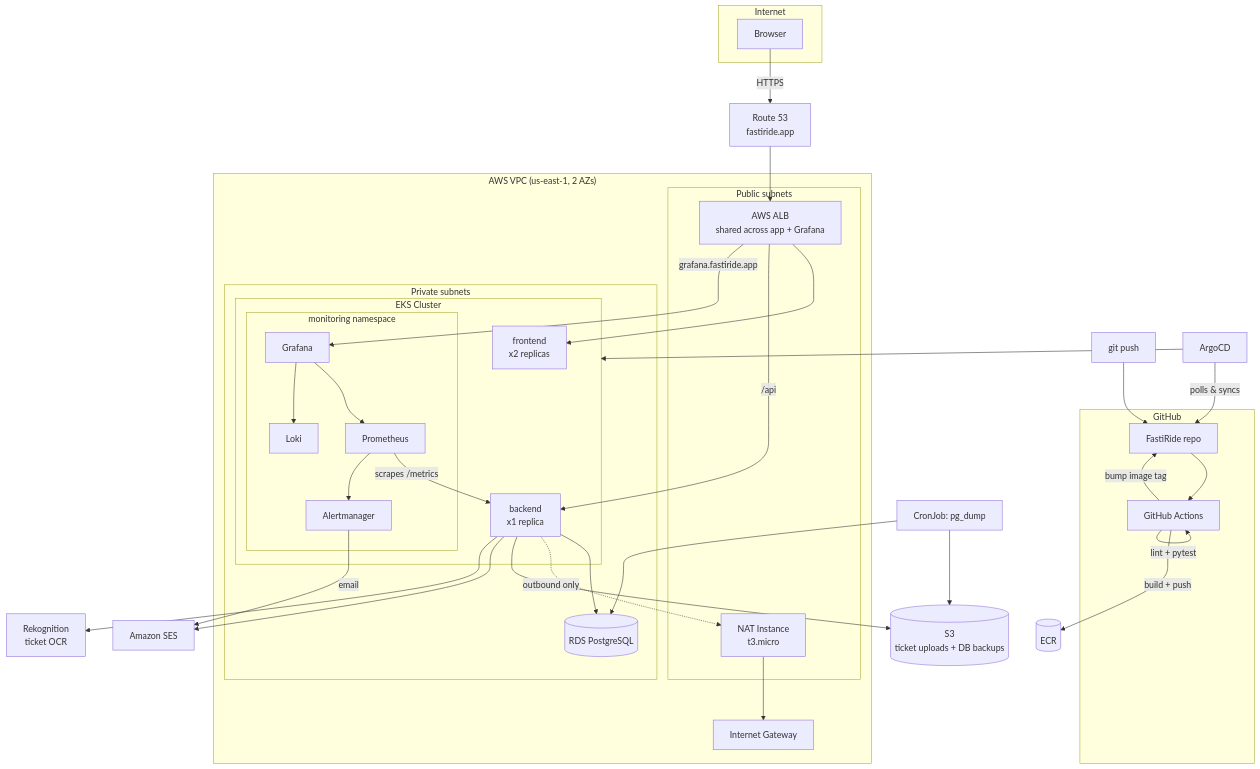
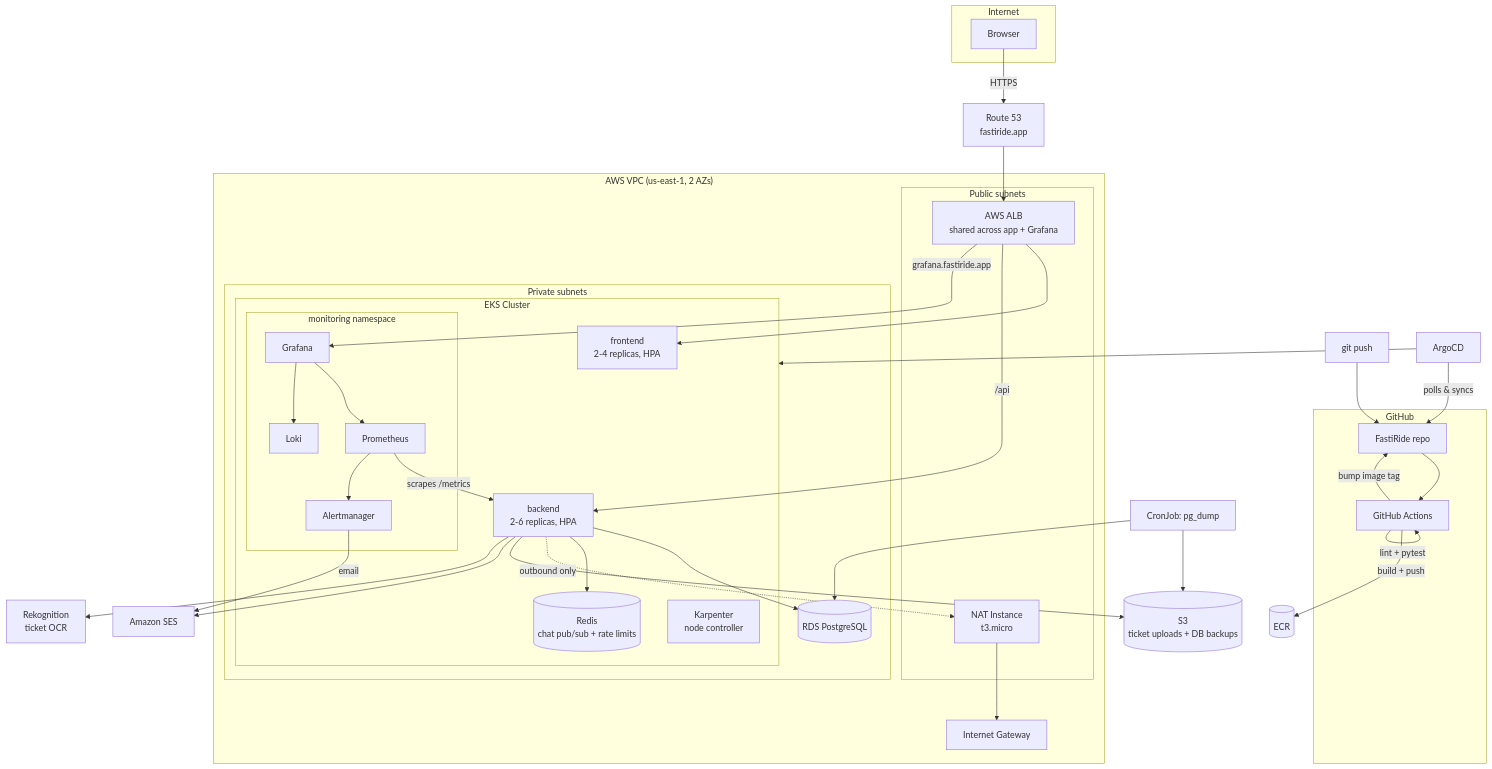
Before and after one commit to lidormazor42/FastiRide: the diagram in README.md, drawn with Mermaid. The commit also changed other lines of this file and 1 other file, not shown here.

````diff
--- a/README.md
+++ b/README.md
@@ -29,60 +34,63 @@
 ```mermaid
 flowchart TB
     subgraph Internet
         User[Browser]
     end
 
     User -->|HTTPS| R53[Route 53<br/>fastiride.app]
     R53 --> ALB[AWS ALB<br/>shared across app + Grafana]
 
     subgraph AWS["AWS VPC (us-east-1, 2 AZs)"]
         subgraph Public["Public subnets"]
             ALB
             NAT[NAT Instance<br/>t3.micro]
         end
 
         subgraph Private["Private subnets"]
             subgraph EKS["EKS Cluster"]
-                FE[frontend<br/>x2 replicas]
-                BE[backend<br/>x1 replica]
+                FE[frontend<br/>2-4 replicas, HPA]
+                BE[backend<br/>2-6 replicas, HPA]
+                Redis[(Redis<br/>chat pub/sub + rate limits)]
+                Karp[Karpenter<br/>node controller]
                 subgraph Monitoring["monitoring namespace"]
                     Prom[Prometheus]
                     Graf[Grafana]
                     Loki[Loki]
                     AM[Alertmanager]
                 end
             end
             RDS[(RDS PostgreSQL)]
         end
 
         ALB --> FE
         ALB -->|/api| BE
         ALB -->|grafana.fastiride.app| Graf
         BE --> RDS
+        BE --> Redis
         BE -.->|outbound only| NAT --> IGW[Internet Gateway]
         Prom -->|scrapes /metrics| BE
         Graf --> Prom
         Graf --> Loki
         Prom --> AM
     end
 
     BE --> S3[(S3<br/>ticket uploads + DB backups)]
     BE --> SES[Amazon SES]
     BE --> Rek[Rekognition<br/>ticket OCR]
     AM -->|email| SES
     CronJob[CronJob: pg_dump] --> RDS
     CronJob --> S3
 
     subgraph GitHub
         Repo[FastiRide repo]
         Actions[GitHub Actions]
     end
 
     Dev[git push] --> Repo
     Repo --> Actions
     Actions -->|lint + pytest| Actions
     Actions -->|build + push| ECR[(ECR)]
     Actions -->|bump image tag| Repo
     ArgoCD[ArgoCD] -->|polls & syncs| Repo
     ArgoCD --> EKS
 ```
````
